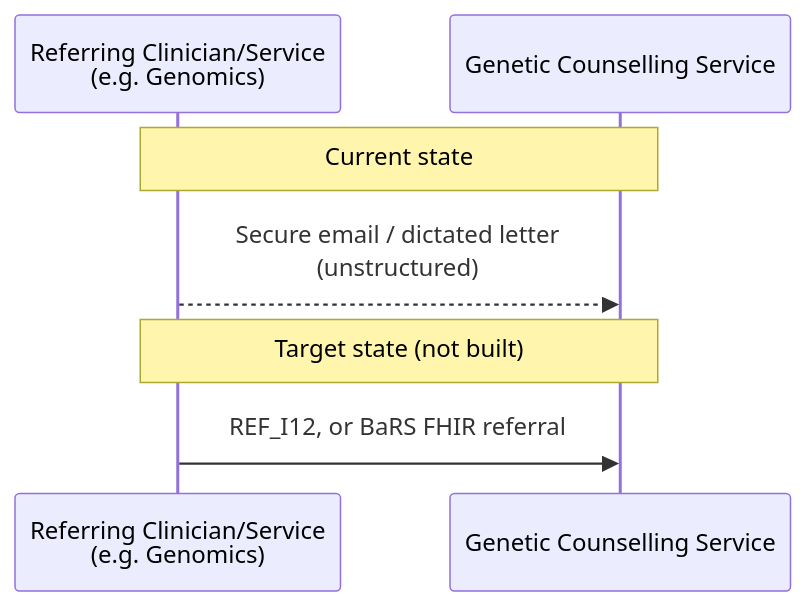
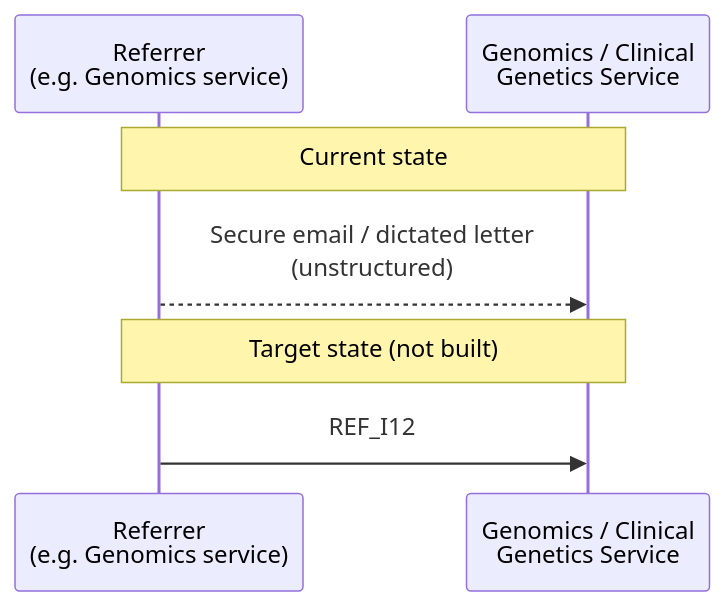
Before and after one commit to nw-gmsa/nw-gmsa.github.com: the second of 3 diagrams in input/pagecontent/GeneticCounsellingReferral.md, drawn with Mermaid. The commit also changed other lines of this file, not shown here.

First line of the commit message:
Generalise Genetic Counselling Referral to cover eRS/regional genetics referrals

````diff
--- a/input/pagecontent/GeneticCounsellingReferral.md
+++ b/input/pagecontent/GeneticCounsellingReferral.md
@@ -96,11 +139,11 @@
 ```mermaid
 sequenceDiagram
-    participant Ref as Referring Clinician/Service<br/>(e.g. Genomics)
-    participant GC as Genetic Counselling Service
+    participant Ref as Referrer<br/>(e.g. Genomics service)
+    participant GC as Genomics / Clinical<br/>Genetics Service
 
     Note over Ref,GC: Current state
     Ref -->> GC: Secure email / dictated letter<br/>(unstructured)
 
     Note over Ref,GC: Target state (not built)
-    Ref ->> GC: REF_I12, or BaRS FHIR referral
+    Ref ->> GC: REF_I12
 ```
````
